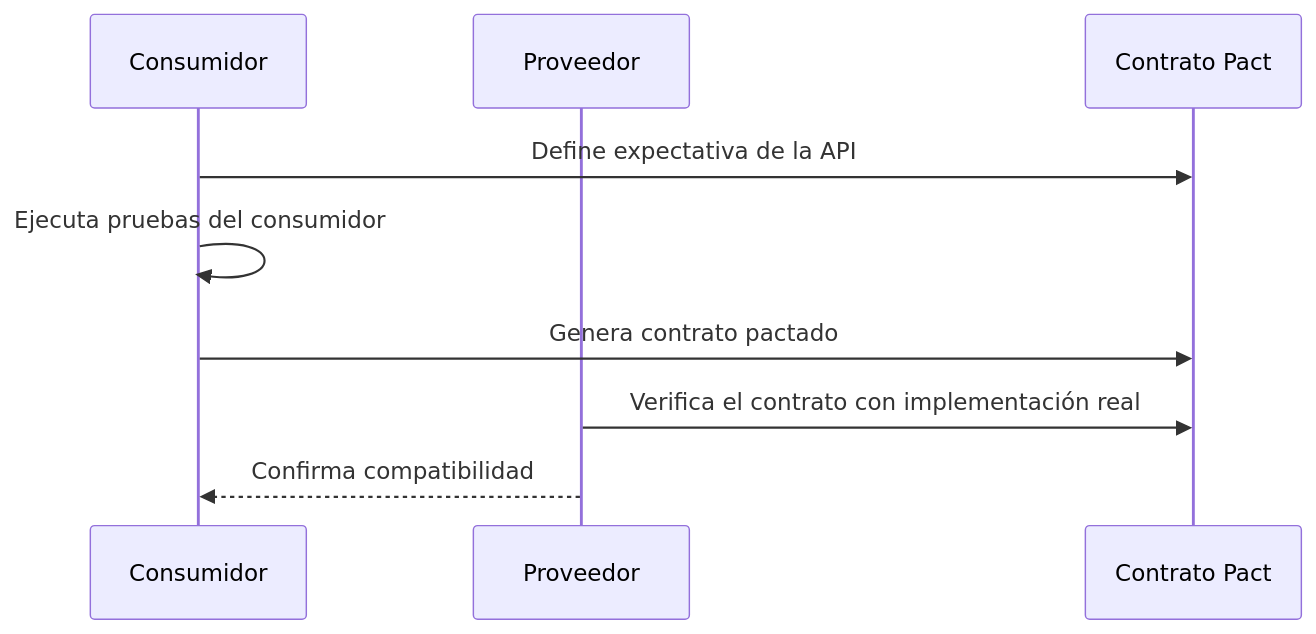
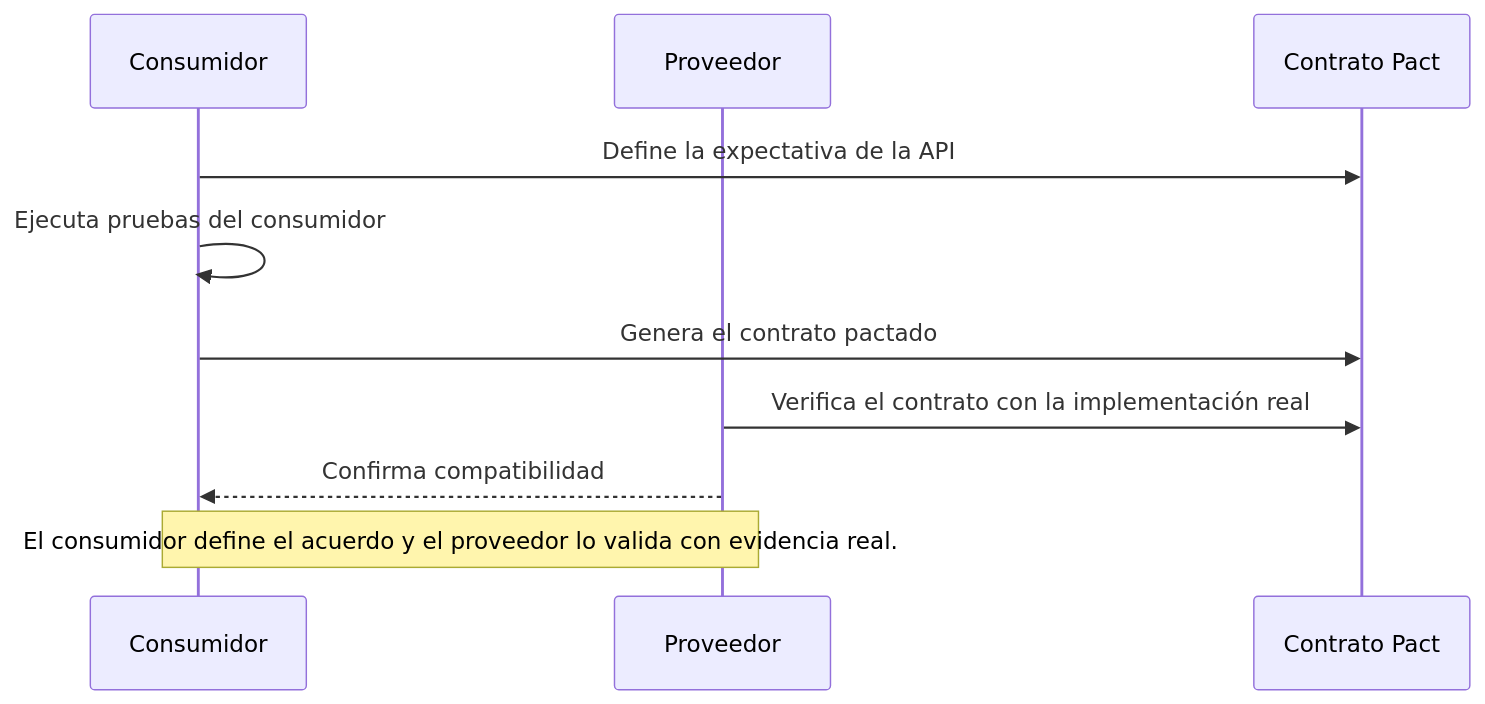
Before and after one commit to mchiroyl/Pact-Consumer-Provider-Validation: the fourth of 4 diagrams in README.md, drawn with Mermaid.

Commit message:
Ajuste de legibilidad del diagrama de secuencia

````diff
--- a/README.md
+++ b/README.md
@@ -158,12 +158,14 @@
 ```mermaid
 sequenceDiagram
     participant C as Consumidor
     participant P as Proveedor
     participant PC as Contrato Pact
 
-    C->>PC: Define expectativa de la API
+    C->>PC: Define la expectativa de la API
     C->>C: Ejecuta pruebas del consumidor
-    C->>PC: Genera contrato pactado
-    P->>PC: Verifica el contrato con implementación real
+    C->>PC: Genera el contrato pactado
+    P->>PC: Verifica el contrato con la implementación real
     P-->>C: Confirma compatibilidad
+
+    Note over C,P: El consumidor define el acuerdo y el proveedor lo valida con evidencia real.
 ```
````
